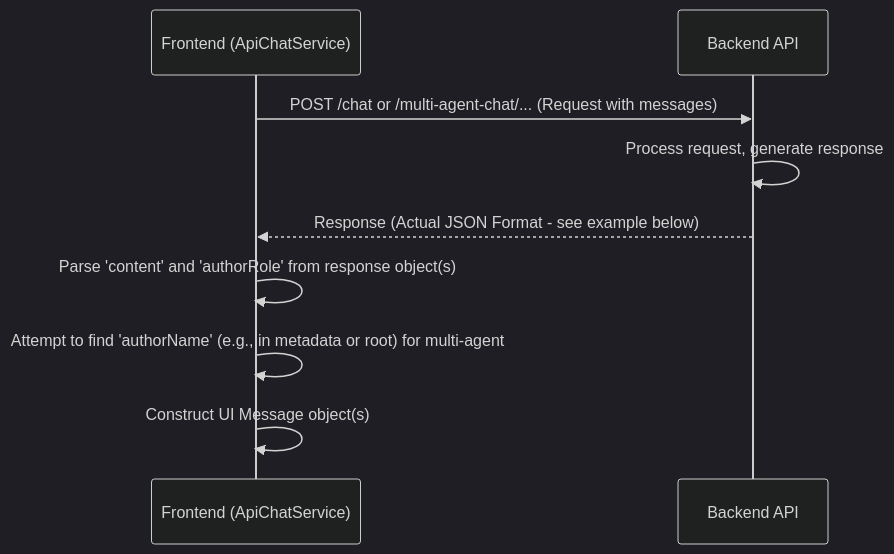
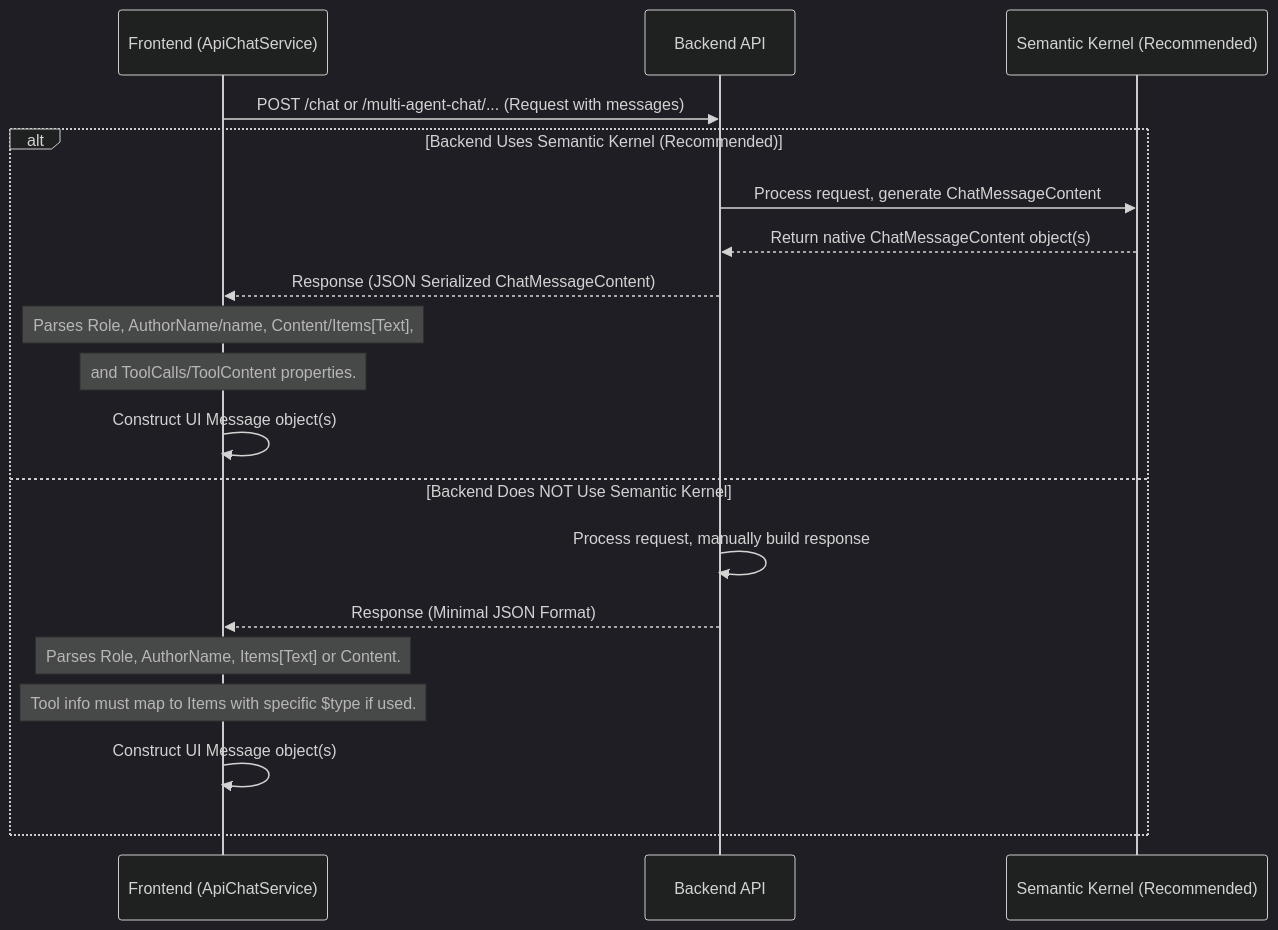
The diagram in docs/architecture/api-response-handling.md (ChrisMcKee1/ChatUI), drawn with Mermaid before and after one commit. The commit also changed other lines of this file and 23 other files, not shown here.

````diff
--- a/docs/architecture/api-response-handling.md
+++ b/docs/architecture/api-response-handling.md
@@ -5,13 +5,24 @@
 ```mermaid
 %%{init: {'theme':'dark'}}%%
 sequenceDiagram
     participant FE as Frontend (ApiChatService)
     participant BE as Backend API
+    participant SK as Semantic Kernel (Recommended)
     
     FE->>BE: POST /chat or /multi-agent-chat/... (Request with messages)
-    BE->>BE: Process request, generate response
-    BE-->>FE: Response (Actual JSON Format - see example below)
-    FE->>FE: Parse 'content' and 'authorRole' from response object(s)
-    FE->>FE: Attempt to find 'authorName' (e.g., in metadata or root) for multi-agent
-    FE->>FE: Construct UI Message object(s)
+    
+    alt Backend Uses Semantic Kernel (Recommended)
+        BE->>SK: Process request, generate ChatMessageContent
+        SK-->>BE: Return native ChatMessageContent object(s)
+        BE-->>FE: Response (JSON Serialized ChatMessageContent)
+        Note over FE: Parses Role, AuthorName/name, Content/Items[Text],
+        Note over FE: and ToolCalls/ToolContent properties.
+        FE->>FE: Construct UI Message object(s)
+    else Backend Does NOT Use Semantic Kernel
+        BE->>BE: Process request, manually build response
+        BE-->>FE: Response (Minimal JSON Format)
+        Note over FE: Parses Role, AuthorName, Items[Text] or Content.
+        Note over FE: Tool info must map to Items with specific $type if used.
+        FE->>FE: Construct UI Message object(s)
+    end
 ```
````
